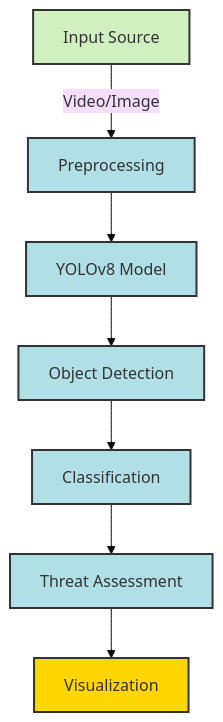
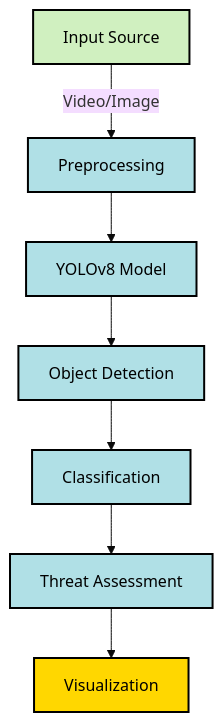
One commit to hbv3074/Airborne-Threat-Detection changed the diagram in README.md. Above: the diagram before and after it, drawn with Mermaid (base theme).

````diff
--- a/README.md
+++ b/README.md
@@ -54,17 +54,17 @@
 ```mermaid
 graph TD
     A[Input Source] -->|Video/Image| B[Preprocessing]
     B --> C[YOLOv8 Model]
     C --> D[Object Detection]
     D --> E[Classification]
     E --> F[Threat Assessment]
     F --> G[Visualization]
     
-    classDef input fill:#d0f0c0,stroke:#333,stroke-width:2px;
-    classDef process fill:#b0e0e6,stroke:#333,stroke-width:2px;
-    classDef output fill:#ffd700,stroke:#333,stroke-width:2px;
+    classDef input fill:#d0f0c0,stroke:#000,stroke-width:2px,color:#000;
+    classDef process fill:#b0e0e6,stroke:#000,stroke-width:2px,color:#000;
+    classDef output fill:#ffd700,stroke:#000,stroke-width:2px,color:#000;
     
     class A input;
     class B,C,D,E,F process;
     class G output;
 ```
````
